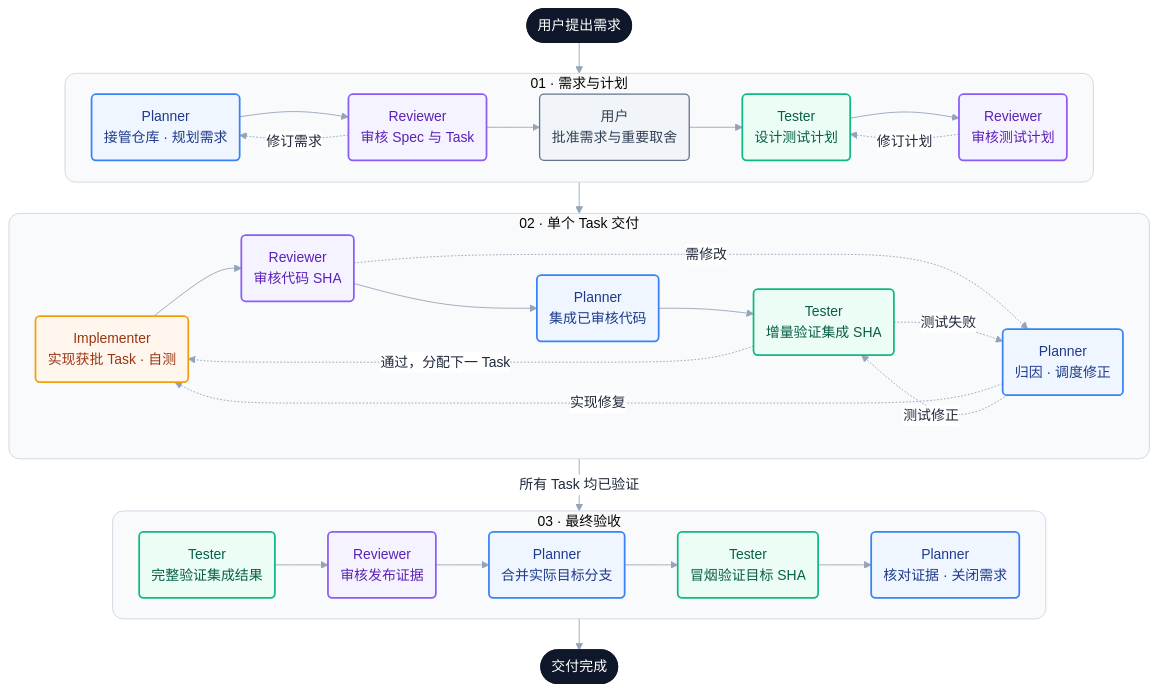
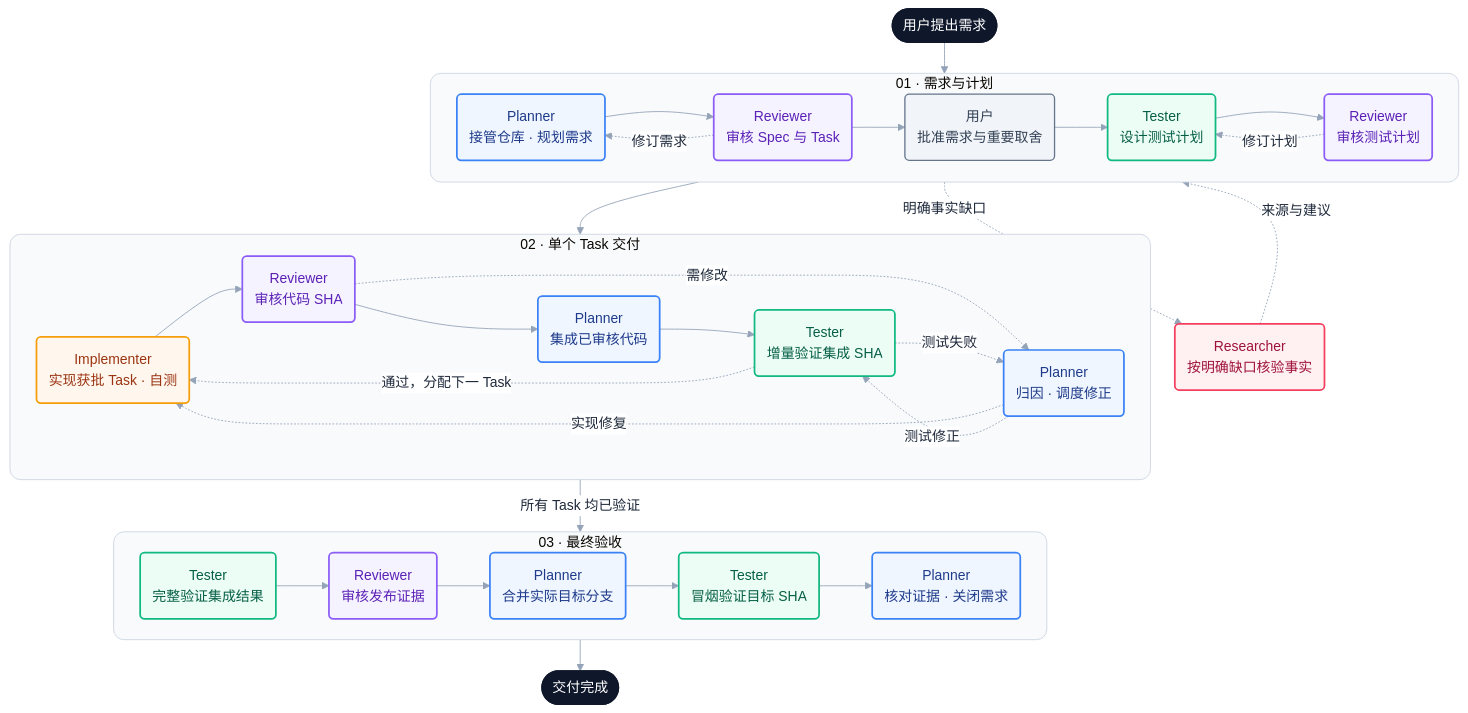
Before and after one commit to lichong-a/ric-dev-workflow-skills: the diagram in README.md, drawn with Mermaid. The commit also changed other lines of this file and 34 other files, not shown here.

````diff
--- a/README.md
+++ b/README.md
@@ -55,66 +55,71 @@
 ```mermaid
 %%{init: {"theme": "base", "themeVariables": {"fontFamily": "Noto Sans CJK SC, Microsoft YaHei, Arial", "fontSize": "16px", "lineColor": "#94a3b8", "primaryTextColor": "#1e293b", "clusterBkg": "#f8fafc", "clusterBorder": "#cbd5e1", "edgeLabelBackground": "#ffffff"}, "flowchart": {"curve": "basis", "nodeSpacing": 28, "rankSpacing": 36, "padding": 14}}}%%
 flowchart TB
-    accTitle: DevFlow 四角色协作与返修流程
-    accDescr: Planner 统一调度，依次完成需求与计划、单个 Task 交付和最终验收。Reviewer 独立审核，Tester 设计测试并验证，实现类问题由 Implementer 修复。审核退回和测试失败交由 Planner 归因，再修正并重新审核或验证。
+    accTitle: DevFlow 五角色协作与返修流程
+    accDescr: Planner 统一调度，依次完成需求与计划、单个 Task 交付和最终验收。Researcher 只在明确缺口时返回来源与建议。Reviewer 独立审核，Tester 设计测试并验证，实现类问题由 Implementer 修复。审核退回和测试失败交由 Planner 归因，再修正并重新审核或验证。
     START([用户提出需求]) --> PREP
+    Q("Researcher<br/>按明确缺口核验事实")
+    P1 -. 明确事实缺口 .-> Q
+    Q -. 来源与建议 .-> P1
 
     subgraph PREP["01 · 需求与计划"]
         direction LR
         P1("Planner<br/>接管仓库 · 规划需求")
         R1("Reviewer<br/>审核 Spec 与 Task")
         U("用户<br/>批准需求与重要取舍")
         T1("Tester<br/>设计测试计划")
         R2("Reviewer<br/>审核测试计划")
         P1 --> R1 --> U --> T1 --> R2
         R1 -. 修订需求 .-> P1
         R2 -. 修订计划 .-> T1
     end
 
     PREP --> TASK
 
     subgraph TASK["02 · 单个 Task 交付"]
         direction LR
         I("Implementer<br/>实现获批 Task · 自测")
         R3("Reviewer<br/>审核代码 SHA")
         P2("Planner<br/>集成已审核代码")
         T2("Tester<br/>增量验证集成 SHA")
         FIX("Planner<br/>归因 · 调度修正")
         I --> R3 --> P2 --> T2
         R3 -. 需修改 .-> FIX
         T2 -. 测试失败 .-> FIX
         FIX -. 实现修复 .-> I
         FIX -. 测试修正 .-> T2
         T2 -. 通过，分配下一 Task .-> I
     end
 
     TASK -->|所有 Task 均已验证| RELEASE
 
     subgraph RELEASE["03 · 最终验收"]
         direction LR
         T3("Tester<br/>完整验证集成结果")
         R4("Reviewer<br/>审核发布证据")
         P3("Planner<br/>合并实际目标分支")
         T4("Tester<br/>冒烟验证目标 SHA")
         P4("Planner<br/>核对证据 · 关闭需求")
         T3 --> R4 --> P3 --> T4 --> P4
     end
 
     RELEASE --> DONE([交付完成])
 
     classDef planner fill:#eff6ff,stroke:#3b82f6,color:#1e3a8a,stroke-width:2px
     classDef reviewer fill:#f5f3ff,stroke:#8b5cf6,color:#5b21b6,stroke-width:2px
     classDef tester fill:#ecfdf5,stroke:#10b981,color:#065f46,stroke-width:2px
     classDef implementer fill:#fff7ed,stroke:#f59e0b,color:#9a3412,stroke-width:2px
+    classDef researcher fill:#fff1f2,stroke:#f43f5e,color:#9f1239,stroke-width:2px
     classDef user fill:#f1f5f9,stroke:#64748b,color:#334155,stroke-width:1.5px
     classDef terminal fill:#0f172a,stroke:#0f172a,color:#ffffff,stroke-width:2px
     class P1,P2,P3,P4,FIX planner
     class R1,R2,R3,R4 reviewer
     class T1,T2,T3,T4 tester
     class I implementer
+    class Q researcher
     class U user
     class START,DONE terminal
     style PREP fill:#f8fafc,stroke:#cbd5e1,stroke-width:1px,rx:12,ry:12
     style TASK fill:#f8fafc,stroke:#cbd5e1,stroke-width:1px,rx:12,ry:12
     style RELEASE fill:#f8fafc,stroke:#cbd5e1,stroke-width:1px,rx:12,ry:12
 ```
````
